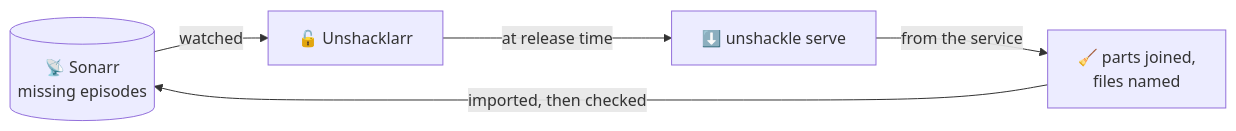
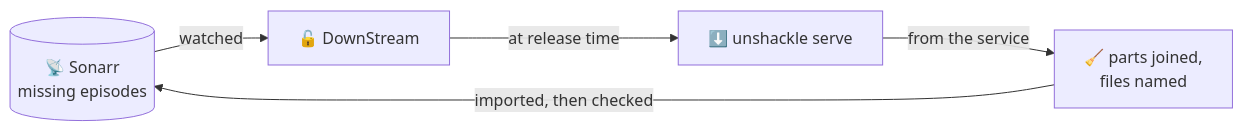
One commit to Artic0din/Unshacklarr changed the diagram in README.md. Above: the diagram before and after it, drawn with Mermaid. The commit also changed other lines of this file and 52 other files, not shown here.

First line of the commit message:
feat(ui): show the app's name as DownStream (#402)

````diff
--- a/README.md
+++ b/README.md
@@ -49,7 +49,7 @@
 ```mermaid
 flowchart LR
-    sonarr[("📡 Sonarr<br>missing episodes")] -- watched --> app["🔓 Unshacklarr"]
+    sonarr[("📡 Sonarr<br>missing episodes")] -- watched --> app["🔓 DownStream"]
     app -- "at release time" --> serve["⬇️ unshackle serve"]
     serve -- "from the service" --> files["🧹 parts joined,<br>files named"]
     files -- "imported, then checked" --> sonarr
 ```
````
